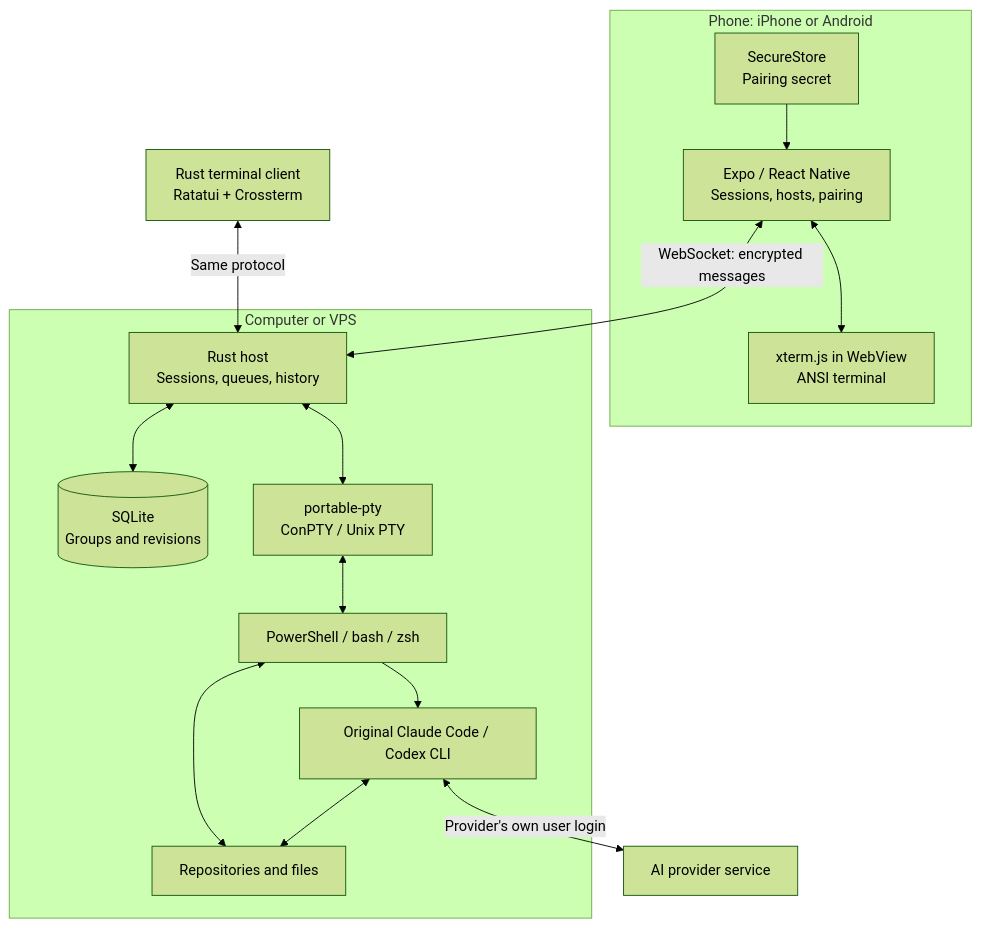
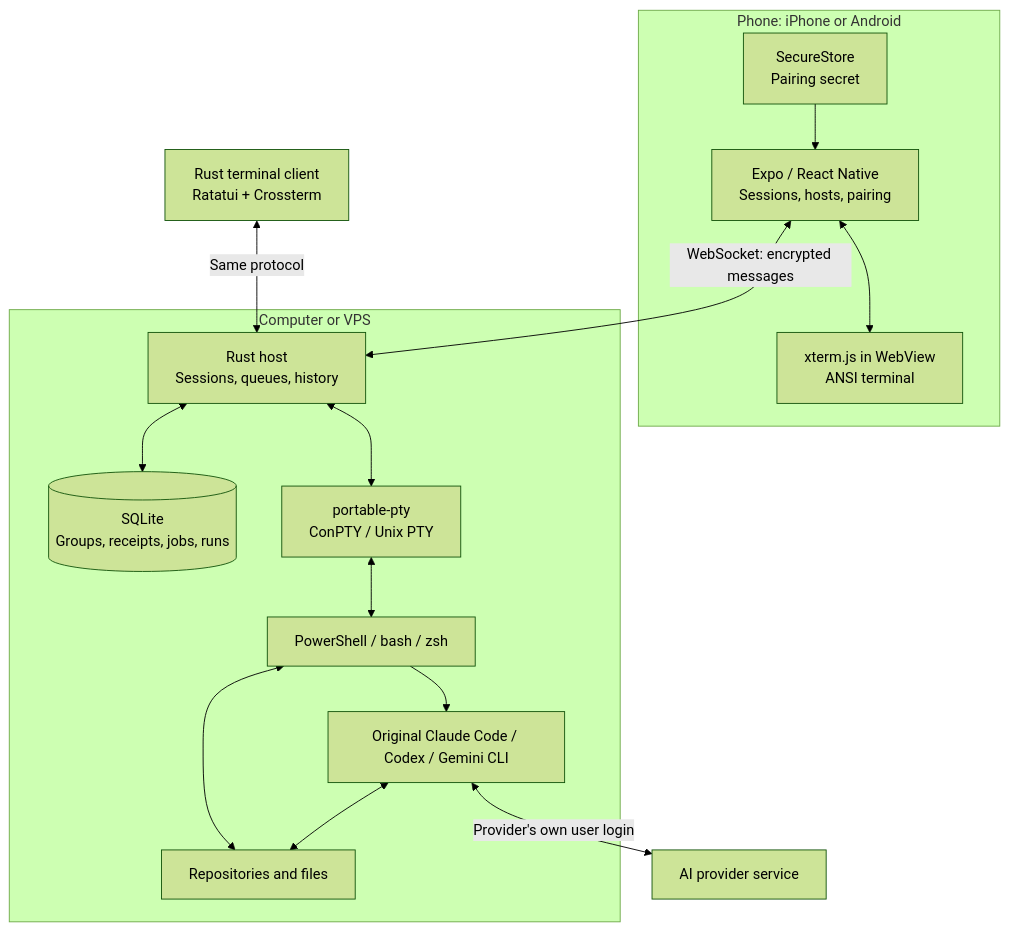
Before and after one commit to dkveil/nesvo: the diagram in docs/architecture.md, drawn with Mermaid (forest theme). The commit also changed other lines of this file and 12 other files, not shown here.

````diff
--- a/docs/architecture.md
+++ b/docs/architecture.md
@@ -28,30 +29,30 @@
 ```mermaid
 flowchart TB
     subgraph Phone[Phone: iPhone or Android]
         UI[Expo / React Native\nSessions, hosts, pairing]
         Terminal[xterm.js in WebView\nANSI terminal]
         Secret[SecureStore\nPairing secret]
         UI <--> Terminal
         Secret --> UI
     end
 
     UI <-->|WebSocket: encrypted messages| Host
     TUI[Rust terminal client\nRatatui + Crossterm] <-->|Same protocol| Host
 
     subgraph Computer[Computer or VPS]
         Host[Rust host\nSessions, queues, history]
-        Metadata[(SQLite\nGroups and revisions)]
+        Metadata[(SQLite\nGroups, receipts, jobs, runs)]
         PTY[portable-pty\nConPTY / Unix PTY]
         Shell[PowerShell / bash / zsh]
-        CLI[Original Claude Code / Codex CLI]
+        CLI[Original Claude Code / Codex / Gemini CLI]
         Files[Repositories and files]
         Host <--> PTY
         Host <--> Metadata
         PTY <--> Shell
         Shell --> CLI
         Shell <--> Files
         CLI <--> Files
     end
 
     CLI <-->|Provider's own user login| Provider[AI provider service]
 ```
````
